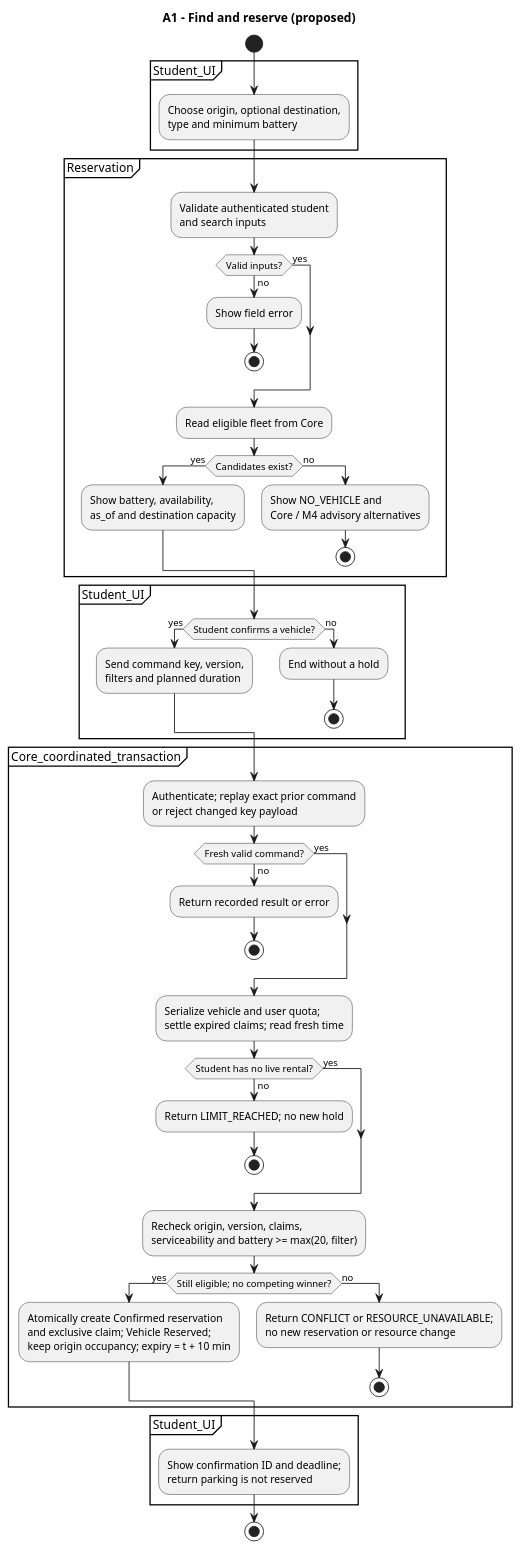
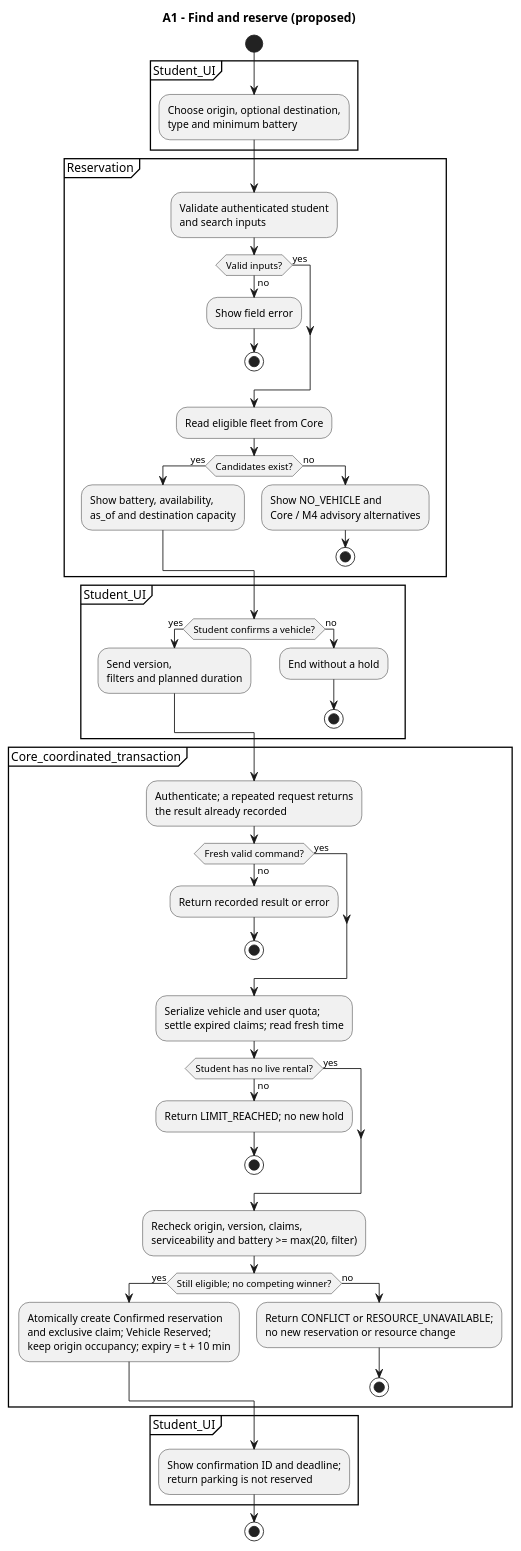
One commit to MabC06/smart-e-mobility-hub changed the diagram in docs/design/behavioral/reservation-diagrams/a1-rental.puml. Above: the diagram before and after it, drawn with PlantUML. The commit also changed 20 other files, not shown here.

```diff
--- a/docs/design/behavioral/reservation-diagrams/a1-rental.puml
+++ b/docs/design/behavioral/reservation-diagrams/a1-rental.puml
@@ -1,57 +1,57 @@
 @startuml
 title A1 - Find and reserve (proposed)
 skinparam shadowing false
 skinparam defaultFontName Arial
 start
 partition Student_UI {
   :Choose origin, optional destination,\ntype and minimum battery;
 }
 partition Reservation {
   :Validate authenticated student\nand search inputs;
   if (Valid inputs?) then (yes)
   else (no)
     :Show field error;
     stop
   endif
   :Read eligible fleet from Core;
   if (Candidates exist?) then (yes)
     :Show battery, availability,\nas_of and destination capacity;
   else (no)
     :Show NO_VEHICLE and\nCore / M4 advisory alternatives;
     stop
   endif
 }
 partition Student_UI {
   if (Student confirms a vehicle?) then (yes)
-    :Send command key, version,\nfilters and planned duration;
+    :Send version,\nfilters and planned duration;
   else (no)
     :End without a hold;
     stop
   endif
 }
 partition Core_coordinated_transaction {
-  :Authenticate; replay exact prior command\nor reject changed key payload;
+  :Authenticate; a repeated request returns\nthe result already recorded;
   if (Fresh valid command?) then (yes)
   else (no)
     :Return recorded result or error;
     stop
   endif
   :Serialize vehicle and user quota;\nsettle expired claims; read fresh time;
   if (Student has no live rental?) then (yes)
   else (no)
     :Return LIMIT_REACHED; no new hold;
     stop
   endif
   :Recheck origin, version, claims,\nserviceability and battery >= max(20, filter);
   if (Still eligible; no competing winner?) then (yes)
     :Atomically create Confirmed reservation\nand exclusive claim; Vehicle Reserved;\nkeep origin occupancy; expiry = t + 10 min;
   else (no)
     :Return CONFLICT or RESOURCE_UNAVAILABLE;\nno new reservation or resource change;
     stop
   endif
 }
 partition Student_UI {
   :Show confirmation ID and deadline;\nreturn parking is not reserved;
 }
 stop
 @enduml
```
